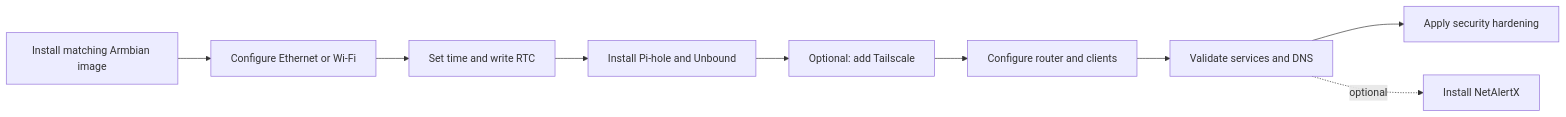
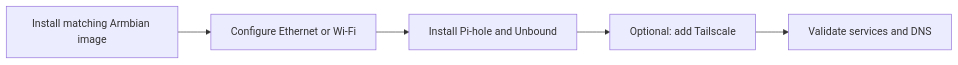
One commit to CocoHusky/bobcat300-dns changed the second of 2 diagrams in README.md. Above: the diagram before and after it, drawn with Mermaid. The commit also changed other lines of this file and 3 other files, not shown here.

````diff
--- a/README.md
+++ b/README.md
@@ -102,11 +98,7 @@
 ```mermaid
 flowchart LR
     flash[Install matching Armbian image] --> network[Configure Ethernet or Wi-Fi]
-    network --> time[Set time and write RTC]
-    time --> dns[Install Pi-hole and Unbound]
+    network --> dns[Install Pi-hole and Unbound]
     dns --> ts[Optional: add Tailscale]
-    ts --> clients[Configure router and clients]
-    clients --> validate[Validate services and DNS]
-    validate --> harden[Apply security hardening]
-    validate -. optional .-> monitor[Install NetAlertX]
+    ts --> validate[Validate services and DNS]
 ```
````
